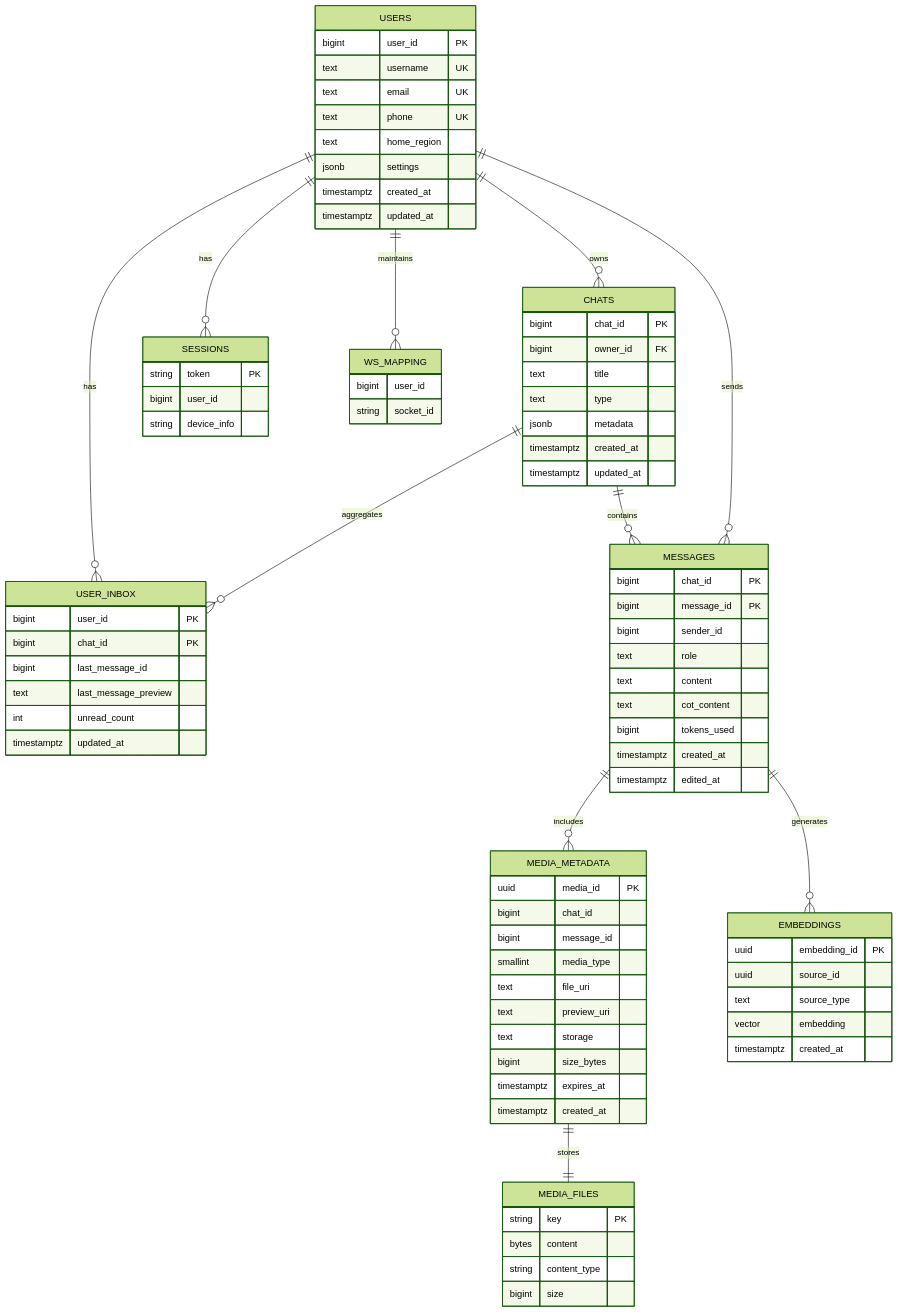
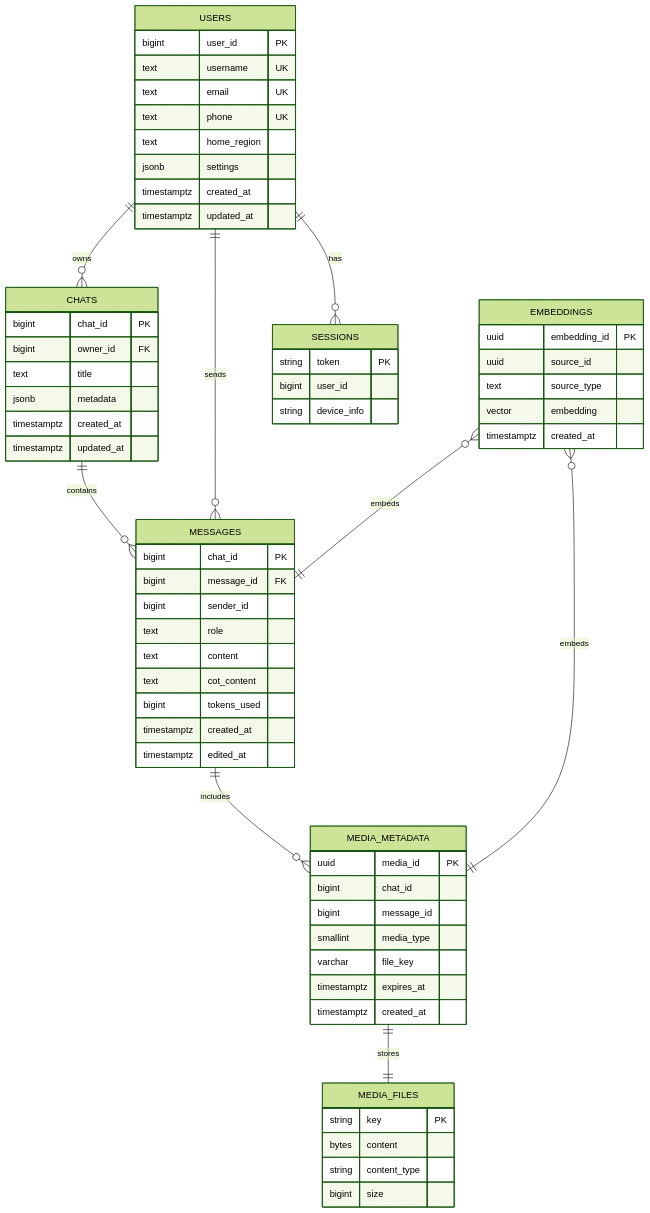
Before and after one commit to gettingthingsdoneee/gemini_highload: the second of 2 diagrams in README.md, drawn with Mermaid (forest theme). The commit also changed other lines of this file, not shown here.

````diff
--- a/README.md
+++ b/README.md
@@ -534,18 +531,8 @@
         bigint chat_id PK
         bigint owner_id FK
         text title
-        text type
         jsonb metadata
         timestamptz created_at
-        timestamptz updated_at
-    }
-
-    USER_INBOX {
-        bigint user_id PK
-        bigint chat_id PK
-        bigint last_message_id
-        text last_message_preview
-        int unread_count
         timestamptz updated_at
     }
 
@@ -554,17 +541,14 @@
         bigint chat_id
         bigint message_id
         smallint media_type
-        text file_uri
-        text preview_uri
-        text storage
-        bigint size_bytes
+        varchar file_key
         timestamptz expires_at
         timestamptz created_at
     }
 
     MESSAGES {
         bigint chat_id PK
-        bigint message_id PK
+        bigint message_id FK
         bigint sender_id
         text role
         text content
@@ -588,11 +572,6 @@
         string device_info
     }
 
-    WS_MAPPING {
-        bigint user_id
-        string socket_id
-    }
-
     MEDIA_FILES {
         string key PK
         bytes content
@@ -601,13 +580,12 @@
     }
 
     USERS ||--o{ CHATS : owns
-    USERS ||--o{ USER_INBOX : has
-    CHATS ||--o{ USER_INBOX : aggregates
     CHATS ||--o{ MESSAGES : contains
     USERS ||--o{ MESSAGES : sends
     MESSAGES ||--o{ MEDIA_METADATA : includes
-    MESSAGES ||--o{ EMBEDDINGS : generates
     MEDIA_METADATA ||--|| MEDIA_FILES : stores
     USERS ||--o{ SESSIONS : has
-    USERS ||--o{ WS_MAPPING : maintains
+    EMBEDDINGS }o--|| MESSAGES : embeds
+    EMBEDDINGS }o--|| MEDIA_METADATA : embeds
+
 ```
````
